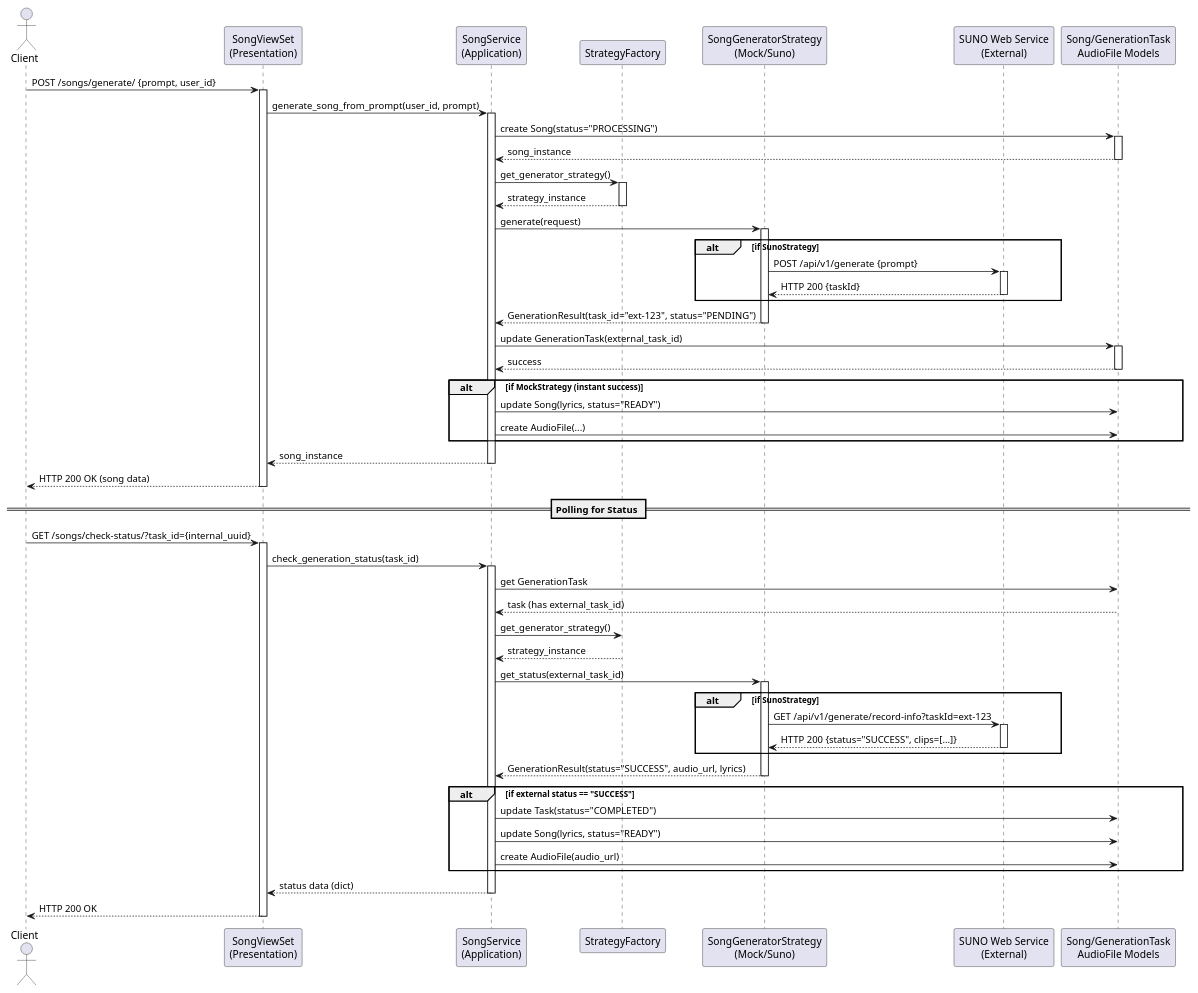
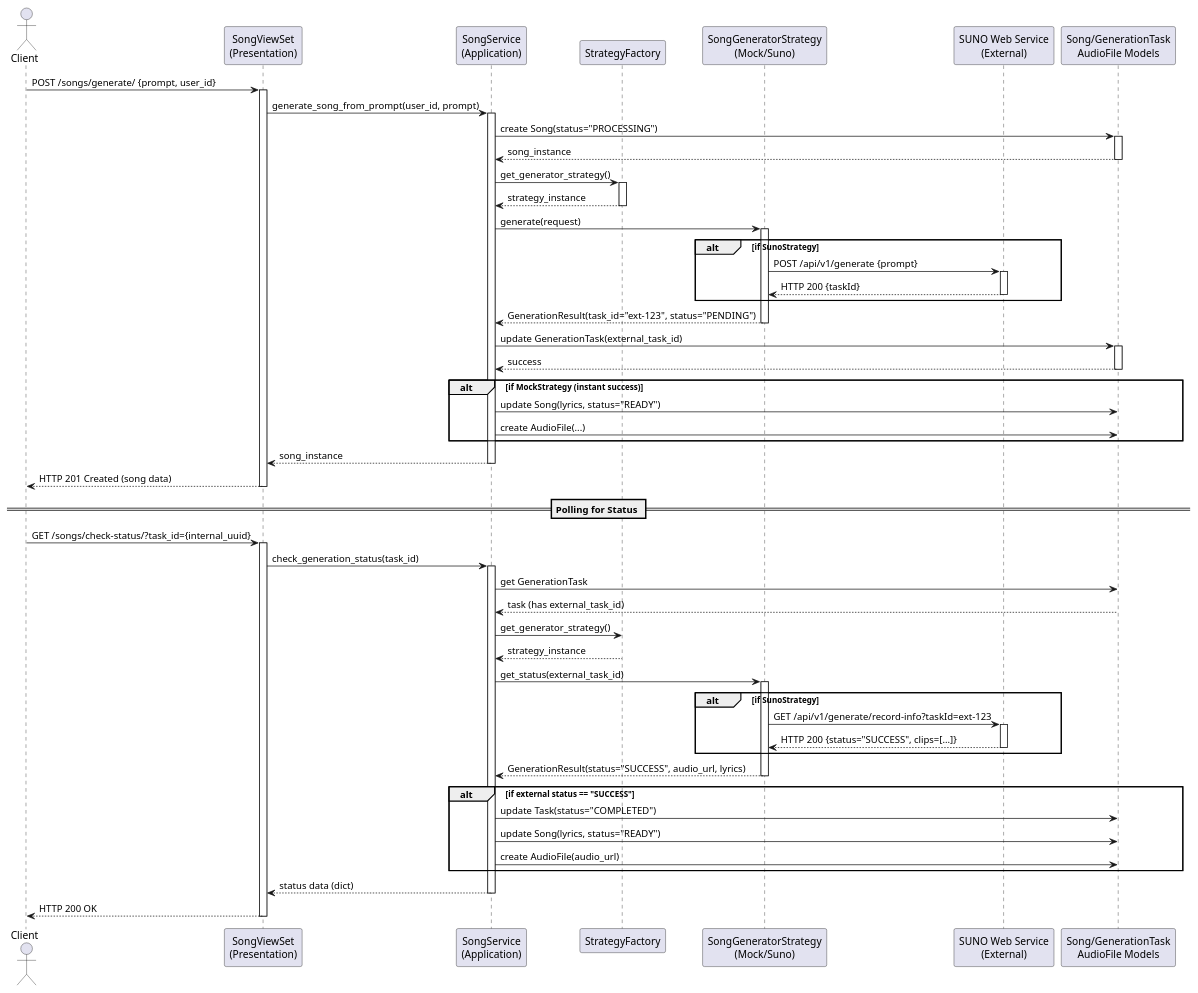
One commit to mansoor9572/exercise3-django changed the diagram in diagrams/song_generation_sequence.puml. Above: the diagram before and after it, drawn with PlantUML. The commit also changed 39 other files, not shown here.

```diff
--- a/diagrams/song_generation_sequence.puml
+++ b/diagrams/song_generation_sequence.puml
@@ -1,95 +1,95 @@
 @startuml song_generation_sequence
 
 actor Client
 participant "SongViewSet\n(Presentation)" as View
 participant "SongService\n(Application)" as Service
 participant "StrategyFactory" as Factory
 participant "SongGeneratorStrategy\n(Mock/Suno)" as Strategy
 participant "SUNO Web Service\n(External)" as ExternalSuno
 participant "Song/GenerationTask\nAudioFile Models" as DB
 
 Client -> View: POST /songs/generate/ {prompt, user_id}
 activate View
 
 View -> Service: generate_song_from_prompt(user_id, prompt)
 activate Service
 
 Service -> DB: create Song(status="PROCESSING")
 activate DB
 DB --> Service: song_instance
 deactivate DB
 
 Service -> Factory: get_generator_strategy()
 activate Factory
 Factory --> Service: strategy_instance
 deactivate Factory
 
 Service -> Strategy: generate(request)
 activate Strategy
 
 alt if SunoStrategy
     Strategy -> ExternalSuno: POST /api/v1/generate {prompt}
     activate ExternalSuno
     ExternalSuno --> Strategy: HTTP 200 {taskId}
     deactivate ExternalSuno
 end
 
 Strategy --> Service: GenerationResult(task_id="ext-123", status="PENDING")
 deactivate Strategy
 
 Service -> DB: update GenerationTask(external_task_id)
 activate DB
 DB --> Service: success
 deactivate DB
 
 alt if MockStrategy (instant success)
     Service -> DB: update Song(lyrics, status="READY")
     Service -> DB: create AudioFile(...)
 end
 
 Service --> View: song_instance
 deactivate Service
 
-View --> Client: HTTP 200 OK (song data)
+View --> Client: HTTP 201 Created (song data)
 deactivate View
 
 
 == Polling for Status ==
 Client -> View: GET /songs/check-status/?task_id={internal_uuid}
 activate View
 
 View -> Service: check_generation_status(task_id)
 activate Service
 
 Service -> DB: get GenerationTask
 DB --> Service: task (has external_task_id)
 
 Service -> Factory: get_generator_strategy()
 Factory --> Service: strategy_instance
 
 Service -> Strategy: get_status(external_task_id)
 activate Strategy
 
 alt if SunoStrategy
     Strategy -> ExternalSuno: GET /api/v1/generate/record-info?taskId=ext-123
     activate ExternalSuno
     ExternalSuno --> Strategy: HTTP 200 {status="SUCCESS", clips=[...]}
     deactivate ExternalSuno
 end
 
 Strategy --> Service: GenerationResult(status="SUCCESS", audio_url, lyrics)
 deactivate Strategy
 
 alt if external status == "SUCCESS"
     Service -> DB: update Task(status="COMPLETED")
     Service -> DB: update Song(lyrics, status="READY")
     Service -> DB: create AudioFile(audio_url)
 end
 
 Service --> View: status data (dict)
 deactivate Service
 
 View --> Client: HTTP 200 OK
 deactivate View
 
 @enduml
```
